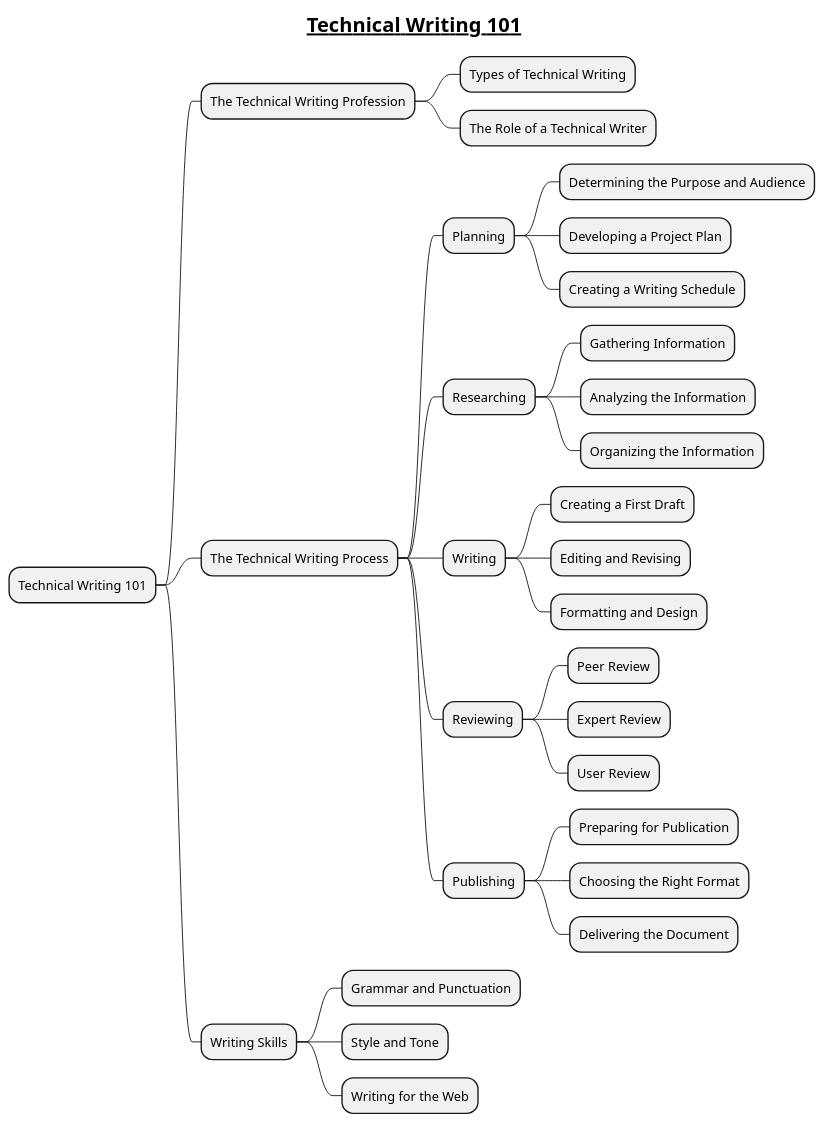
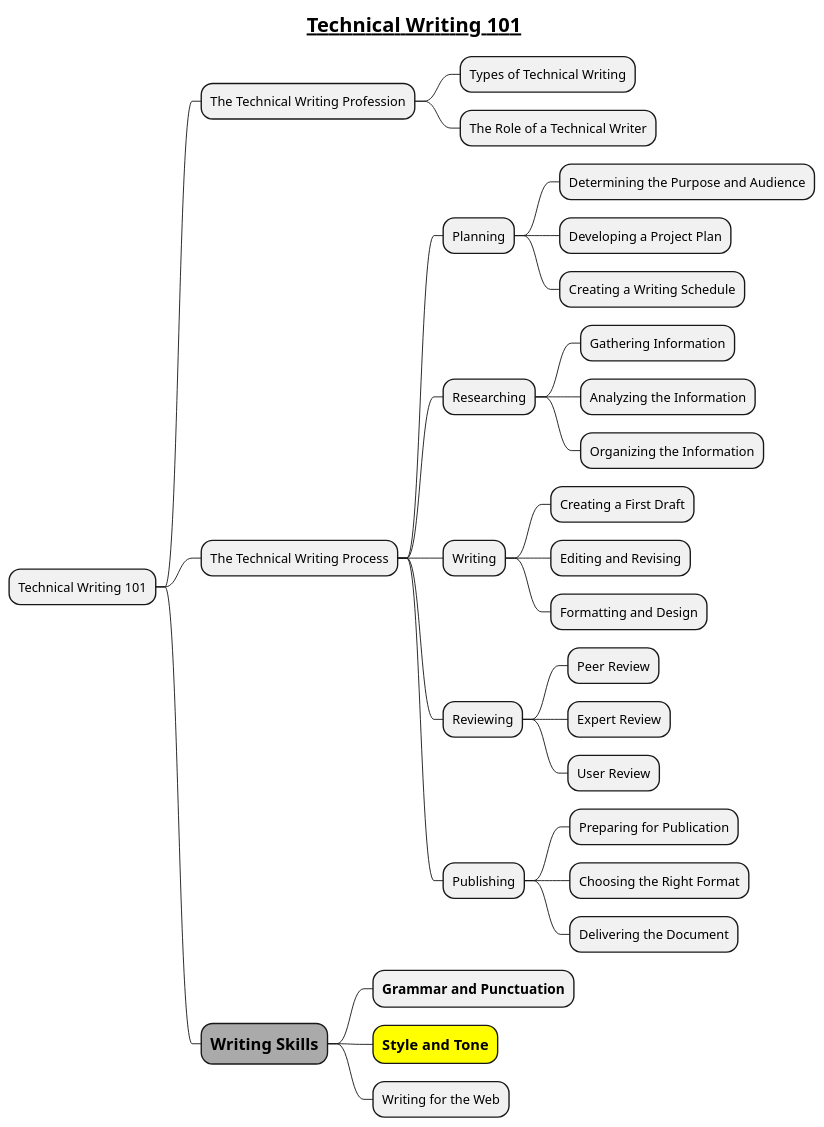
Before and after one commit to MehmoodHashmi/Documentation-as-Code-DaC: the diagram in docs/Requirement-Engineering/Technical-Writing-101.puml, drawn with PlantUML. The commit also changed 2 other files, not shown here.

```diff
--- a/docs/Requirement-Engineering/Technical-Writing-101.puml
+++ b/docs/Requirement-Engineering/Technical-Writing-101.puml
@@ -1,33 +1,33 @@
 @startmindmap
 title = __ Technical Writing 101__
 
 * Technical Writing 101
 ** The Technical Writing Profession
 *** Types of Technical Writing
 *** The Role of a Technical Writer
 ** The Technical Writing Process
 *** Planning
 **** Determining the Purpose and Audience
 **** Developing a Project Plan
 **** Creating a Writing Schedule
 *** Researching
 **** Gathering Information
 **** Analyzing the Information
 **** Organizing the Information
 *** Writing
 **** Creating a First Draft
 **** Editing and Revising
 **** Formatting and Design
 *** Reviewing
 **** Peer Review
 **** Expert Review
 **** User Review
 *** Publishing
 **** Preparing for Publication
 **** Choosing the Right Format
 **** Delivering the Document
-** Writing Skills
-*** Grammar and Punctuation
-*** Style and Tone
+**[#a] =Writing Skills
+*** ===Grammar and Punctuation
+***[#yellow] ==Style and Tone
 *** Writing for the Web
 @endmindmap
```
